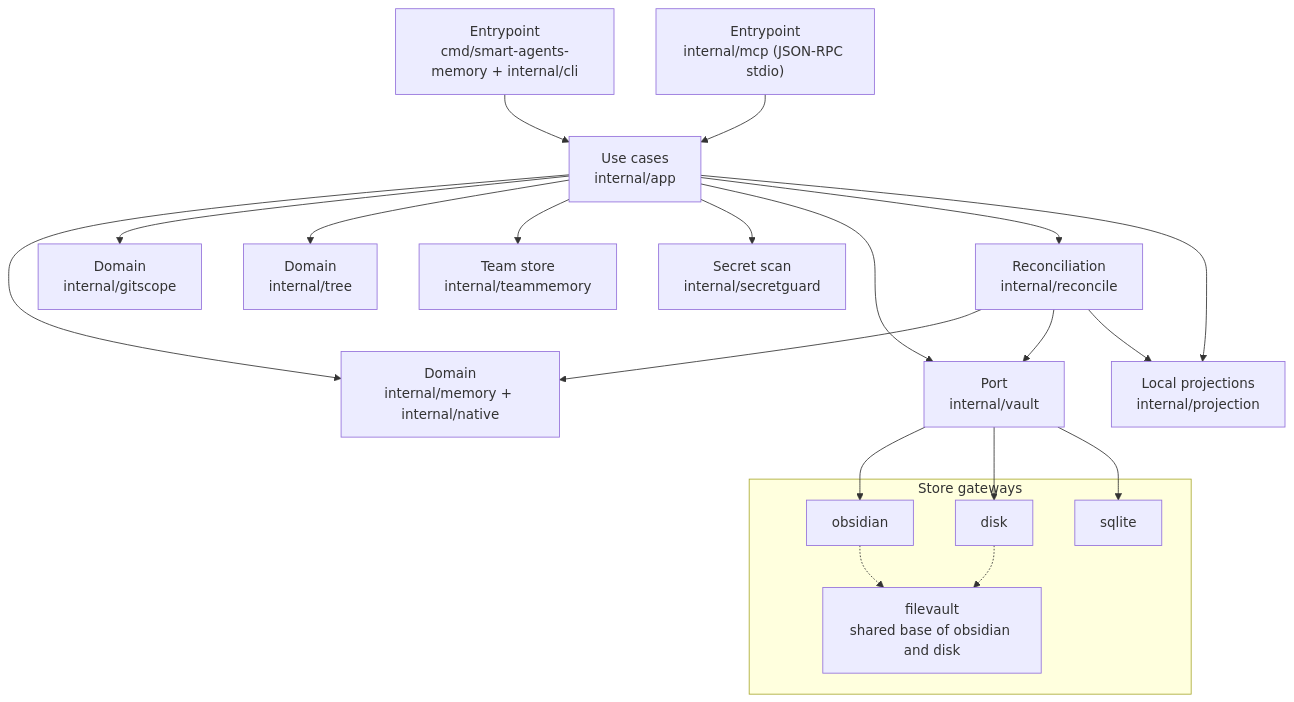
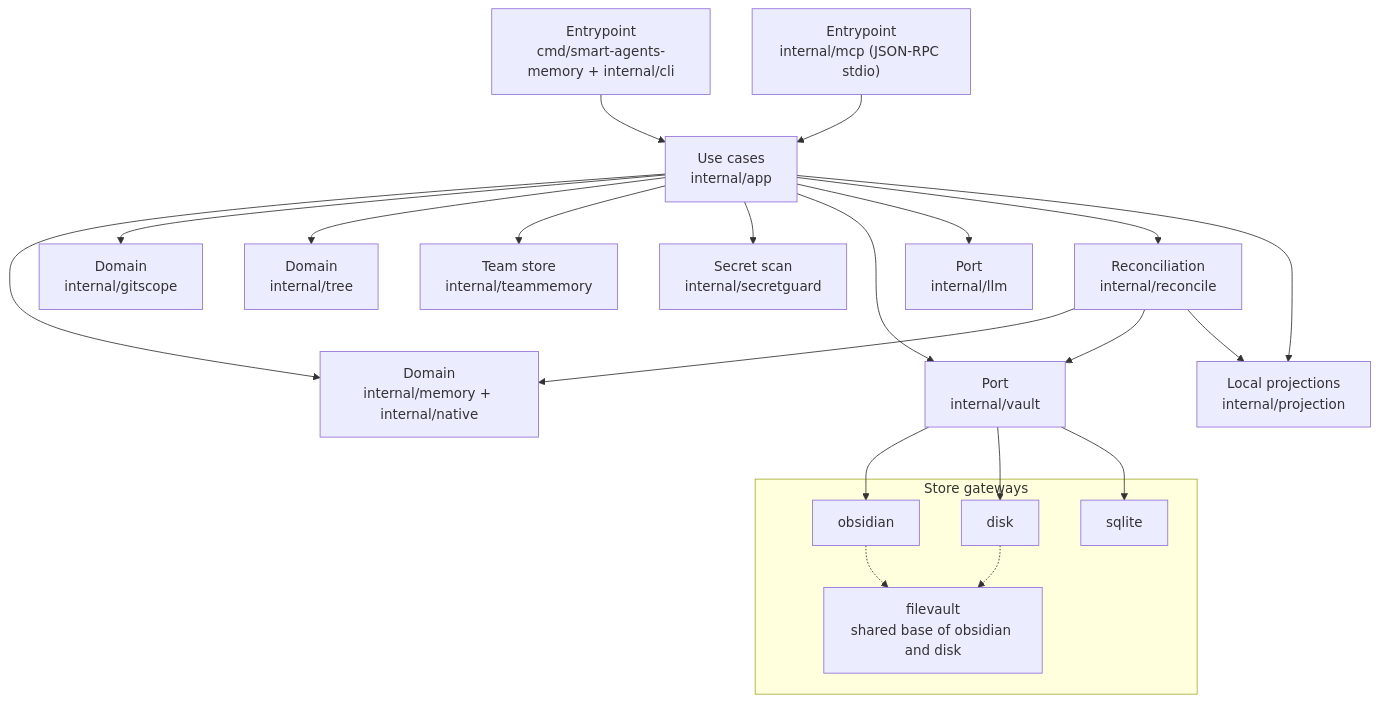
One commit to lindoelio/smart-agents-memory changed the diagram in ARCHITECTURE.md. Above: the diagram before and after it, drawn with Mermaid. The commit also changed other lines of this file and 24 other files, not shown here.

Commit message:
feat: add the llm port and dream consolidation

````diff
--- a/ARCHITECTURE.md
+++ b/ARCHITECTURE.md
@@ -18,41 +18,43 @@
 ```mermaid
 flowchart TB
     CLI["Entrypoint<br/>cmd/smart-agents-memory + internal/cli"]
     MCP["Entrypoint<br/>internal/mcp (JSON-RPC stdio)"]
     APP["Use cases<br/>internal/app"]
     DOM["Domain<br/>internal/memory + internal/native"]
     SCOPE["Domain<br/>internal/gitscope"]
     TREE["Domain<br/>internal/tree"]
     TEAM["Team store<br/>internal/teammemory"]
     SG["Secret scan<br/>internal/secretguard"]
     PORT["Port<br/>internal/vault"]
+    LLMPORT["Port<br/>internal/llm"]
     REC["Reconciliation<br/>internal/reconcile"]
     PROJ["Local projections<br/>internal/projection"]
 
     CLI --> APP
     MCP --> APP
     APP --> DOM
     APP --> SCOPE
     APP --> TREE
     APP --> TEAM
     APP --> SG
     APP --> PORT
+    APP --> LLMPORT
     APP --> REC
     APP --> PROJ
     REC --> DOM
     REC --> PORT
     REC --> PROJ
 
     subgraph gateways["Store gateways"]
         OBS["obsidian"]
         DSK["disk"]
         SQL["sqlite"]
         FILE["filevault<br/>shared base of obsidian and disk"]
     end
 
     PORT --> OBS
     PORT --> DSK
     PORT --> SQL
     OBS -.-> FILE
     DSK -.-> FILE
 ```
````
